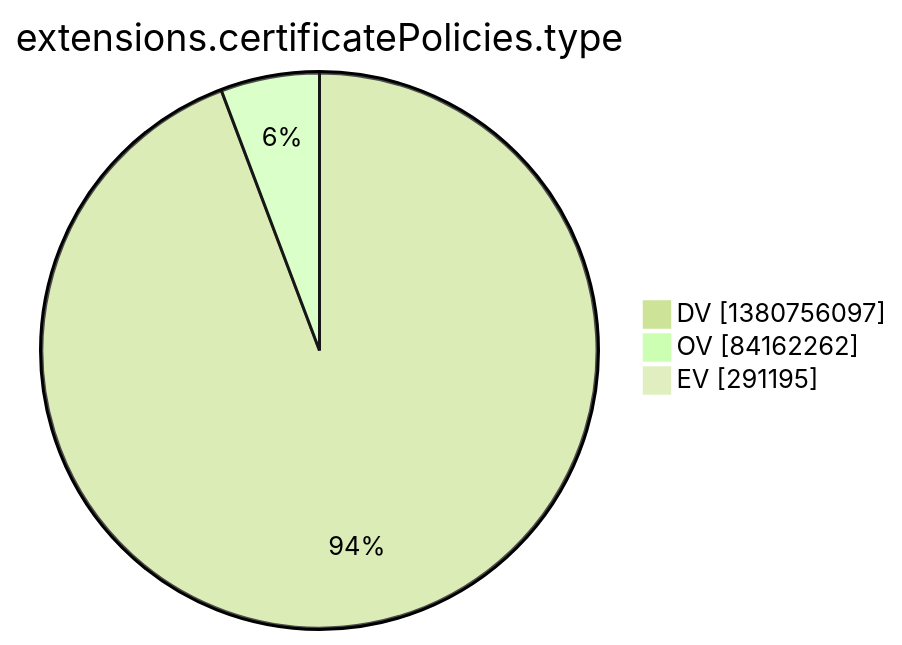
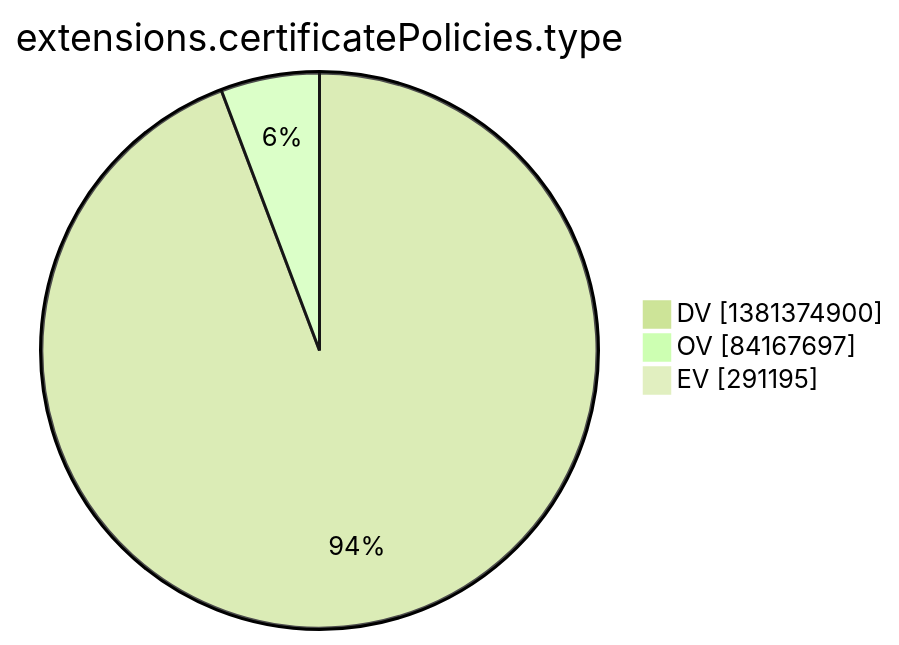
The tenth of 15 diagrams in argon2022/README.md (christiankrug/ctmonitor_visualization), drawn with Mermaid (forest theme) before and after one commit. The commit also changed other lines of this file, not shown here.

````diff
--- a/argon2022/README.md
+++ b/argon2022/README.md
@@ -2773,7 +2773,7 @@
 ```mermaid
 pie showData
 title extensions.certificatePolicies.type
-"DV" :1380756097
-"OV" :84162262
+"DV" :1381374900
+"OV" :84167697
 "EV" :291195
 ```
````
